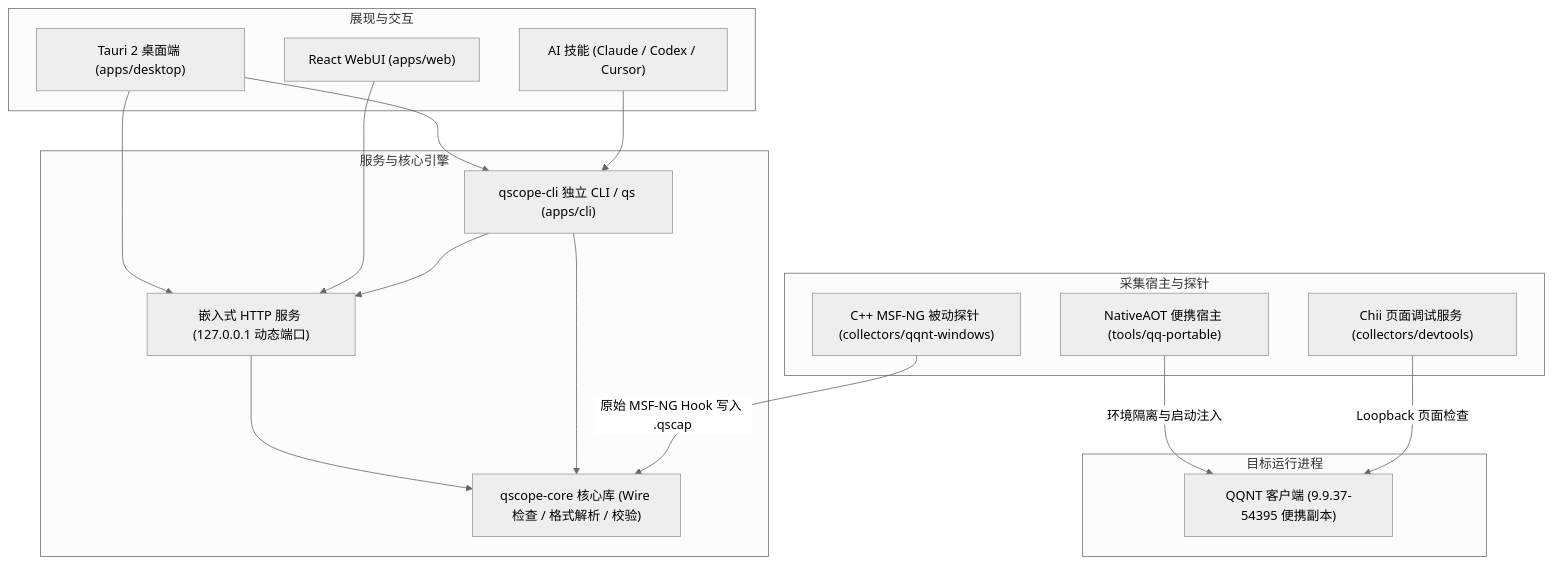
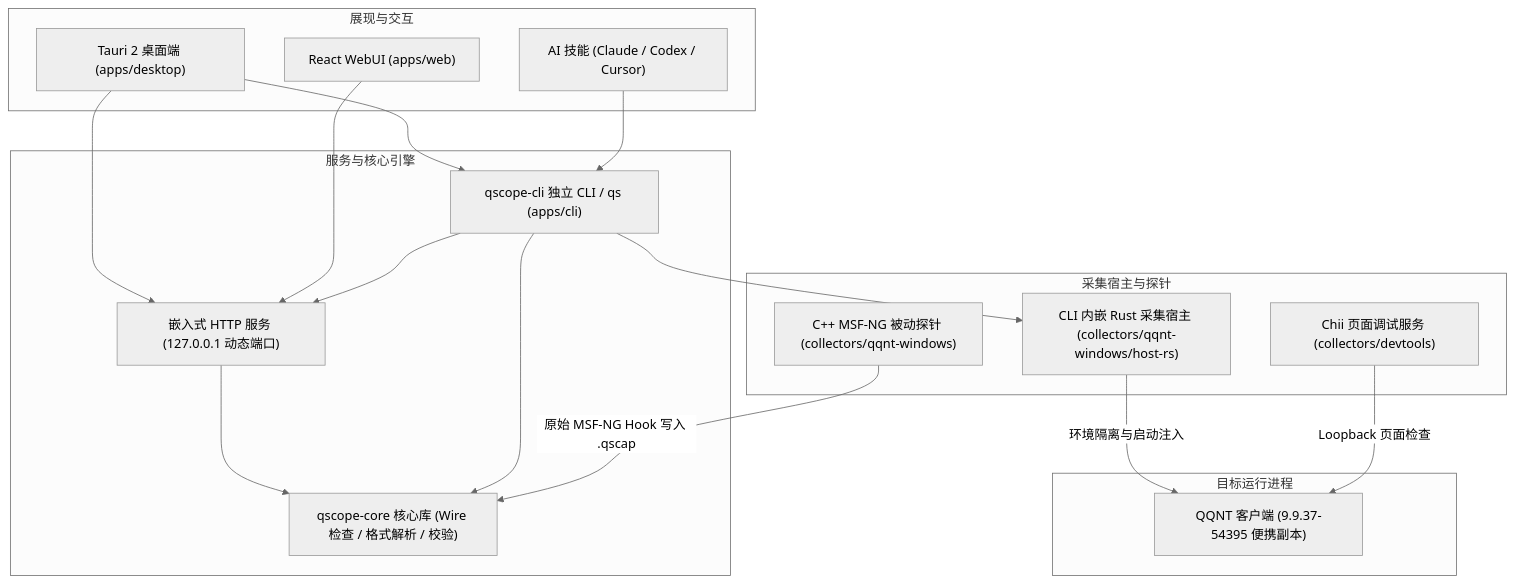
Before and after one commit to sj817/QScope: the diagram in README.md, drawn with Mermaid (neutral theme). The commit also changed other lines of this file and 56 other files, not shown here.

````diff
--- a/README.md
+++ b/README.md
@@ -168,36 +191,37 @@
 ```mermaid
 flowchart TD
     subgraph UI ["展现与交互"]
         Desktop["Tauri 2 桌面端 (apps/desktop)"]
         WebUI["React WebUI (apps/web)"]
         Agent["AI 技能 (Claude / Codex / Cursor)"]
     end
 
     subgraph Core ["服务与核心引擎"]
         CLI["qscope-cli 独立 CLI / qs (apps/cli)"]
         Server["嵌入式 HTTP 服务 (127.0.0.1 动态端口)"]
         Engine["qscope-core 核心库 (Wire 检查 / 格式解析 / 校验)"]
     end
 
     subgraph Host ["采集宿主与探针"]
-        NativeHost["NativeAOT 便携宿主 (tools/qq-portable)"]
+        NativeHost["CLI 内嵌 Rust 采集宿主 (collectors/qqnt-windows/host-rs)"]
         CppProbe["C++ MSF-NG 被动探针 (collectors/qqnt-windows)"]
         DevToolsBridge["Chii 页面调试服务 (collectors/devtools)"]
     end
 
     subgraph Target ["目标运行进程"]
         QQApp["QQNT 客户端 (9.9.37-54395 便携副本)"]
     end
 
     Desktop --> CLI
     Desktop --> Server
     WebUI --> Server
     Agent --> CLI
     CLI --> Server
     Server --> Engine
     CLI --> Engine
+    CLI --> NativeHost
 
     NativeHost -->|环境隔离与启动注入| QQApp
     CppProbe -->|原始 MSF-NG Hook 写入 .qscap| Engine
     DevToolsBridge -->|Loopback 页面检查| QQApp
 ```
````
